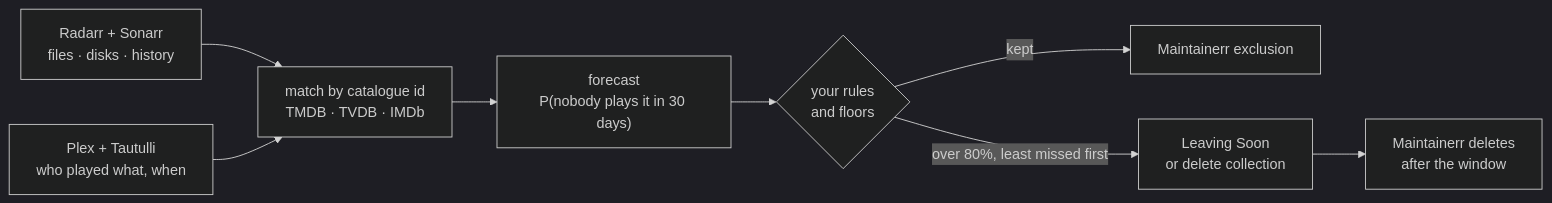
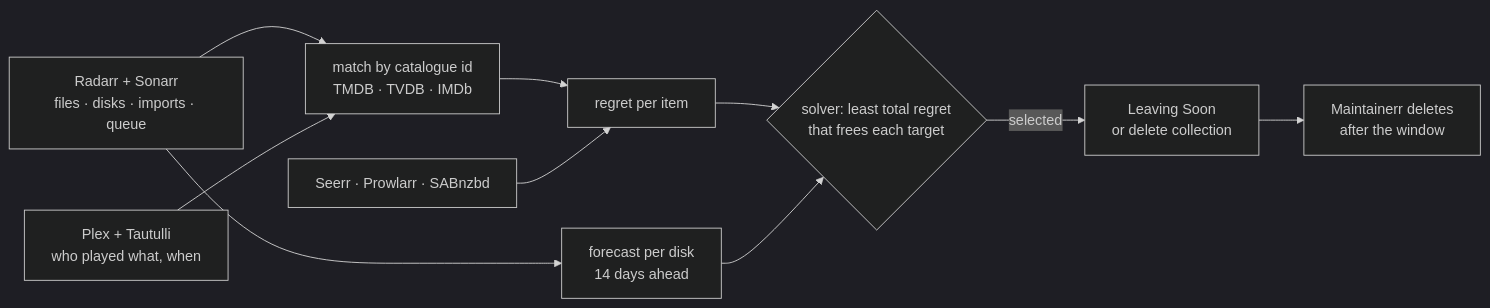
Before and after one commit to tobhoster/flinch: the diagram in README.md, drawn with Mermaid (dark theme). The commit also changed other lines of this file and 137 other files, not shown here.

````diff
--- a/README.md
+++ b/README.md
@@ -64,10 +63,12 @@
 ```mermaid
 flowchart LR
-    ARR["Radarr + Sonarr<br/>files · disks · history"] --> ID["match by catalogue id<br/>TMDB · TVDB · IMDb"]
+    ARR["Radarr + Sonarr<br/>files · disks · imports · queue"] --> ID["match by catalogue id<br/>TMDB · TVDB · IMDb"]
     PX["Plex + Tautulli<br/>who played what, when"] --> ID
-    ID --> F["forecast<br/>P(nobody plays it in 30 days)"]
-    F --> R{"your rules<br/>and floors"}
-    R -- "kept" --> EX["Maintainerr exclusion"]
-    R -- "over 80%, least missed first" --> LS["Leaving Soon<br/>or delete collection"]
+    ID --> R["regret per item"]
+    EXT["Seerr · Prowlarr · SABnzbd"] --> R
+    ARR --> FC["forecast per disk<br/>14 days ahead"]
+    R --> S{"solver: least total regret<br/>that frees each target"}
+    FC --> S
+    S -- "selected" --> LS["Leaving Soon<br/>or delete collection"]
     LS --> M["Maintainerr deletes<br/>after the window"]
 ```
````
